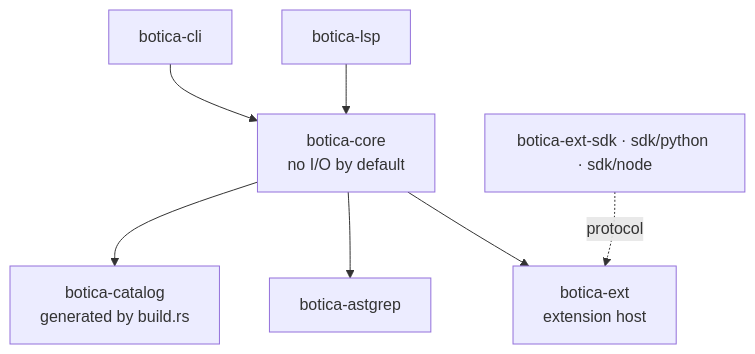
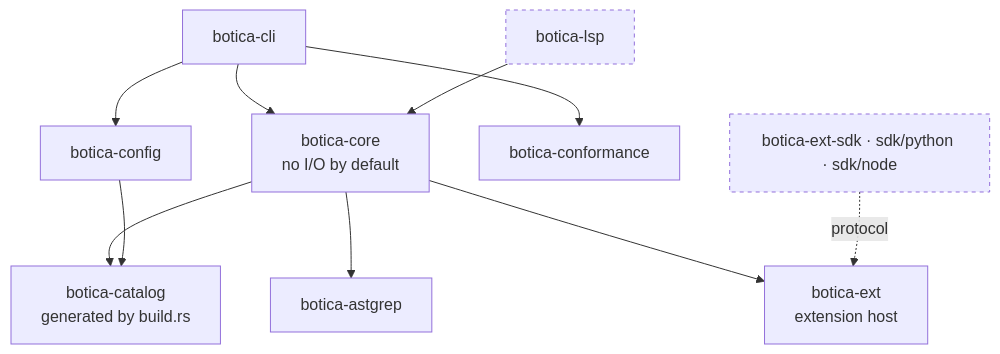
Before and after one commit to collectiveai-team/botica: the second of 2 diagrams in docs/adr/0003-botica-lint-architecture.md, drawn with Mermaid. The commit also changed other lines of this file and 3 other files, not shown here.

````diff
--- a/docs/adr/0003-botica-lint-architecture.md
+++ b/docs/adr/0003-botica-lint-architecture.md
@@ -42,9 +43,13 @@
 ```mermaid
 flowchart TD
   cli[botica-cli] --> core
-  lsp[botica-lsp] --> core
+  cli --> config[botica-config]
+  cli --> conformance[botica-conformance]
+  lsp[botica-lsp]:::planned --> core
   core[botica-core<br/>no I/O by default] --> catalog[botica-catalog<br/>generated by build.rs]
+  config --> catalog
   core --> astgrep[botica-astgrep]
   core --> ext[botica-ext<br/>extension host]
-  sdk[botica-ext-sdk · sdk/python · sdk/node] -. protocol .-> ext
+  sdk[botica-ext-sdk · sdk/python · sdk/node]:::planned -. protocol .-> ext
+  classDef planned stroke-dasharray: 4 4
 ```
````
